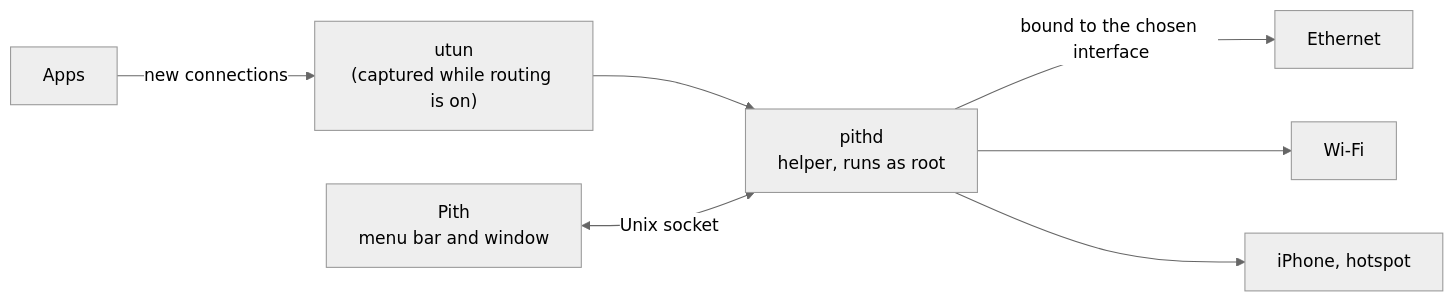
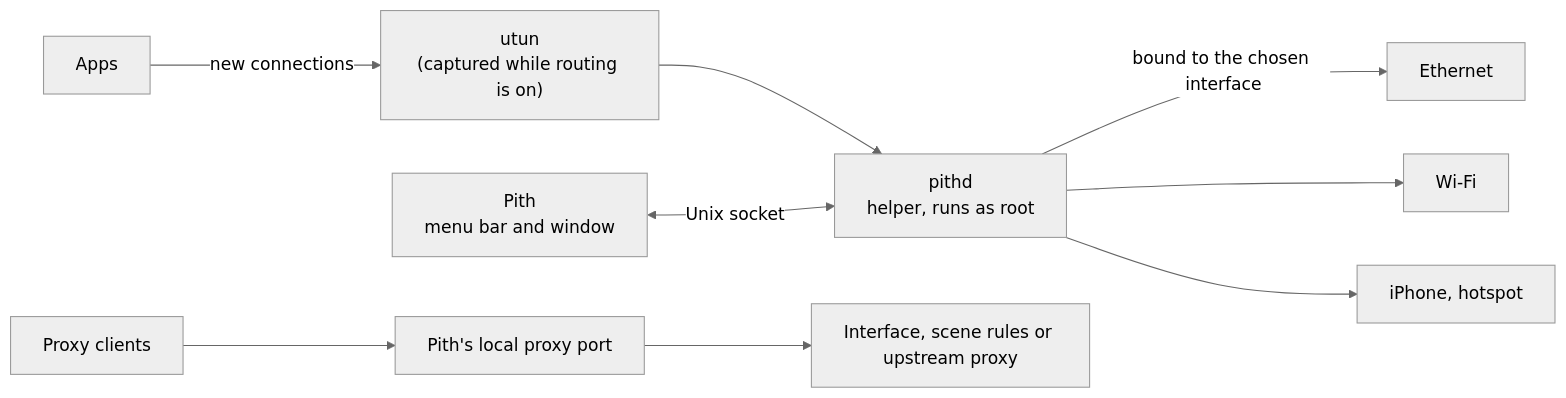
The diagram in README.md (Kel077/pith), drawn with Mermaid (neutral theme) before and after one commit. The commit also changed other lines of this file and 1 other file, not shown here.

````diff
--- a/README.md
+++ b/README.md
@@ -64,9 +61,11 @@
 ```mermaid
 flowchart LR
   apps["Apps"] -- new connections --> utun["utun<br/>(captured while routing is on)"]
   utun --> pithd["pithd<br/>helper, runs as root"]
   pithd -- "bound to the chosen interface" --> eth["Ethernet"]
   pithd --> wifi["Wi-Fi"]
   pithd --> phone["iPhone, hotspot"]
   app["Pith<br/>menu bar and window"] <-- "Unix socket" --> pithd
+  browser["Proxy clients"] --> port["Pith's local proxy port"]
+  port --> exit["Interface, scene rules or upstream proxy"]
 ```
````
